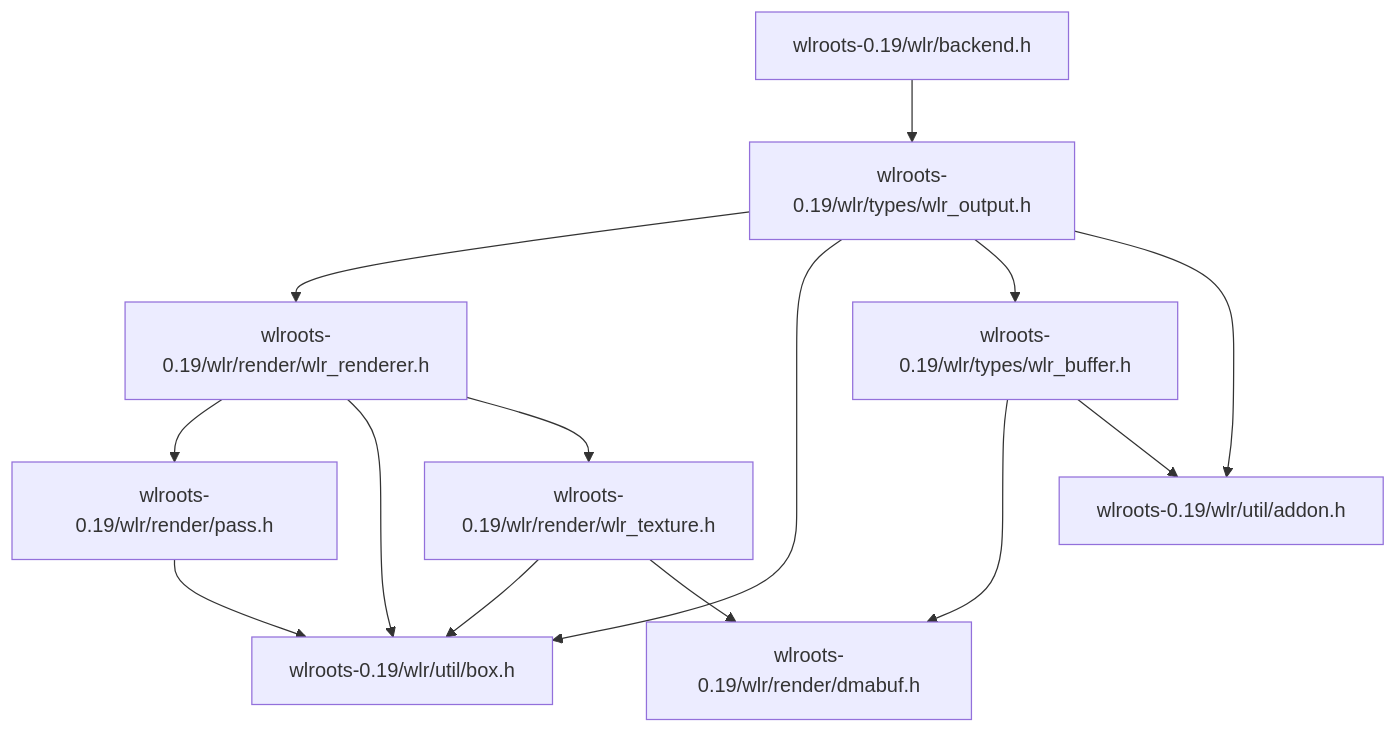
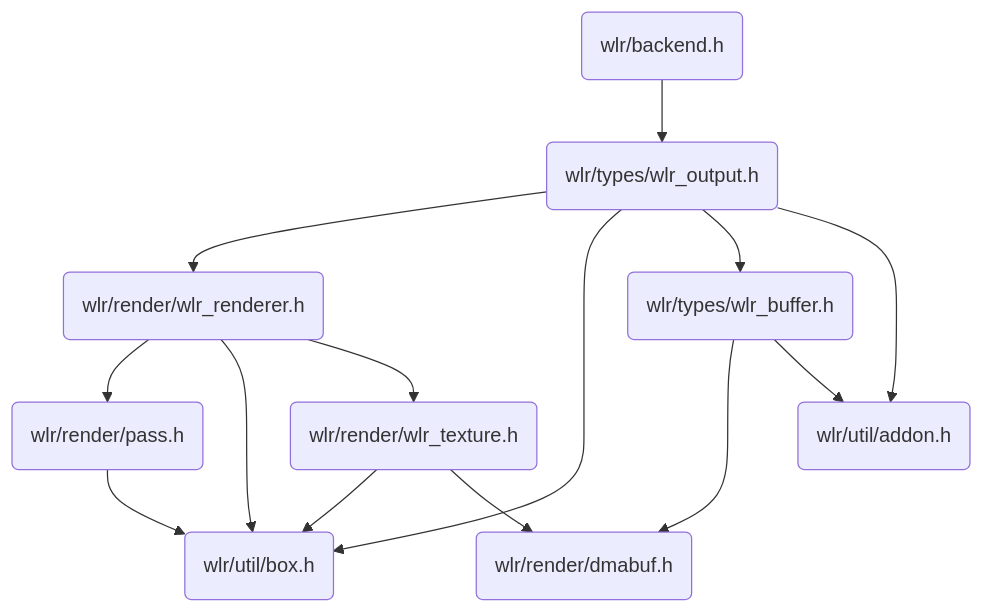
One commit to well-typed/hs-bindgen-tutorial-nix changed the first of 2 diagrams in hs-wlroots/readme.md. Above: the diagram before and after it, drawn with Mermaid. The commit also changed other lines of this file and 21 other files, not shown here.

Commit message:
Use revamped include graphs

````diff
--- a/hs-wlroots/readme.md
+++ b/hs-wlroots/readme.md
@@ -95,25 +43,25 @@
 ```mermaid
 graph TD;
-  v0["wlroots-0.19/wlr/backend.h"]
-  v90["wlroots-0.19/wlr/render/dmabuf.h"]
-  v87["wlroots-0.19/wlr/render/pass.h"]
-  v86["wlroots-0.19/wlr/render/wlr_renderer.h"]
-  v89["wlroots-0.19/wlr/render/wlr_texture.h"]
-  v91["wlroots-0.19/wlr/types/wlr_buffer.h"]
-  v75["wlroots-0.19/wlr/types/wlr_output.h"]
-  v92["wlroots-0.19/wlr/util/addon.h"]
-  v88["wlroots-0.19/wlr/util/box.h"]
+  v0("wlr/backend.h")
+  v90("wlr/render/dmabuf.h")
+  v87("wlr/render/pass.h")
+  v86("wlr/render/wlr_renderer.h")
+  v89("wlr/render/wlr_texture.h")
+  v91("wlr/types/wlr_buffer.h")
+  v75("wlr/types/wlr_output.h")
+  v92("wlr/util/addon.h")
+  v88("wlr/util/box.h")
   v0-->v75
   v75-->v86
   v86-->v87
   v75-->v88
   v86-->v88
   v87-->v88
   v89-->v88
   v86-->v89
   v89-->v90
   v91-->v90
   v75-->v91
   v75-->v92
   v91-->v92
 ```
````
